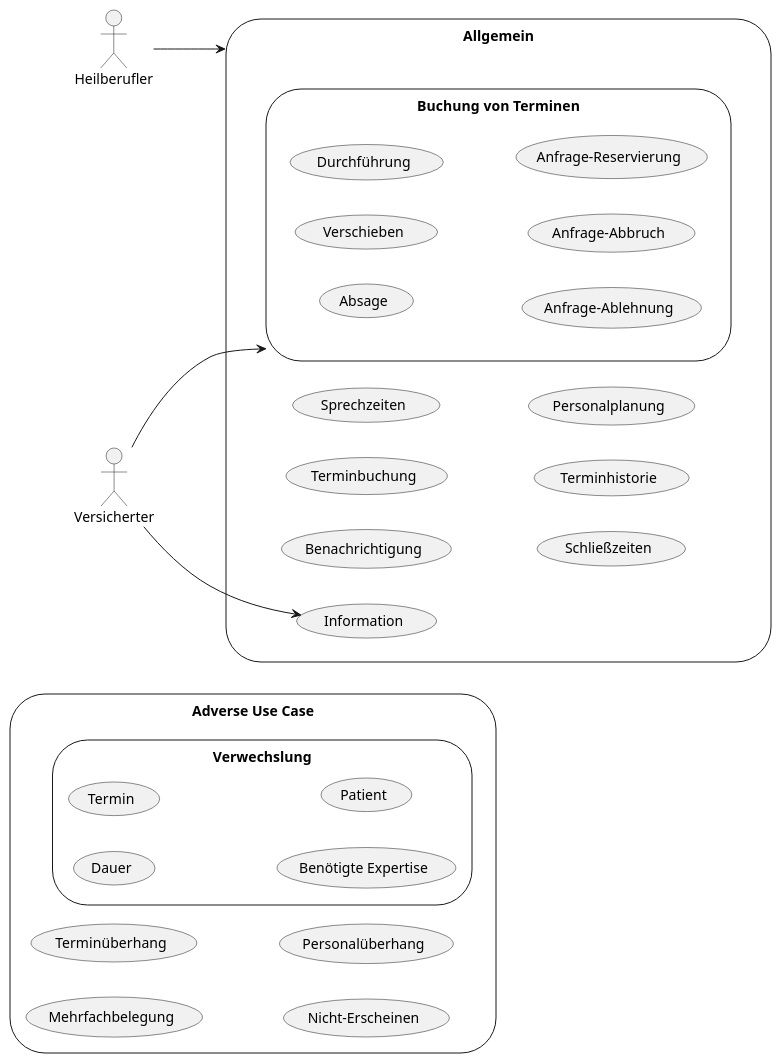
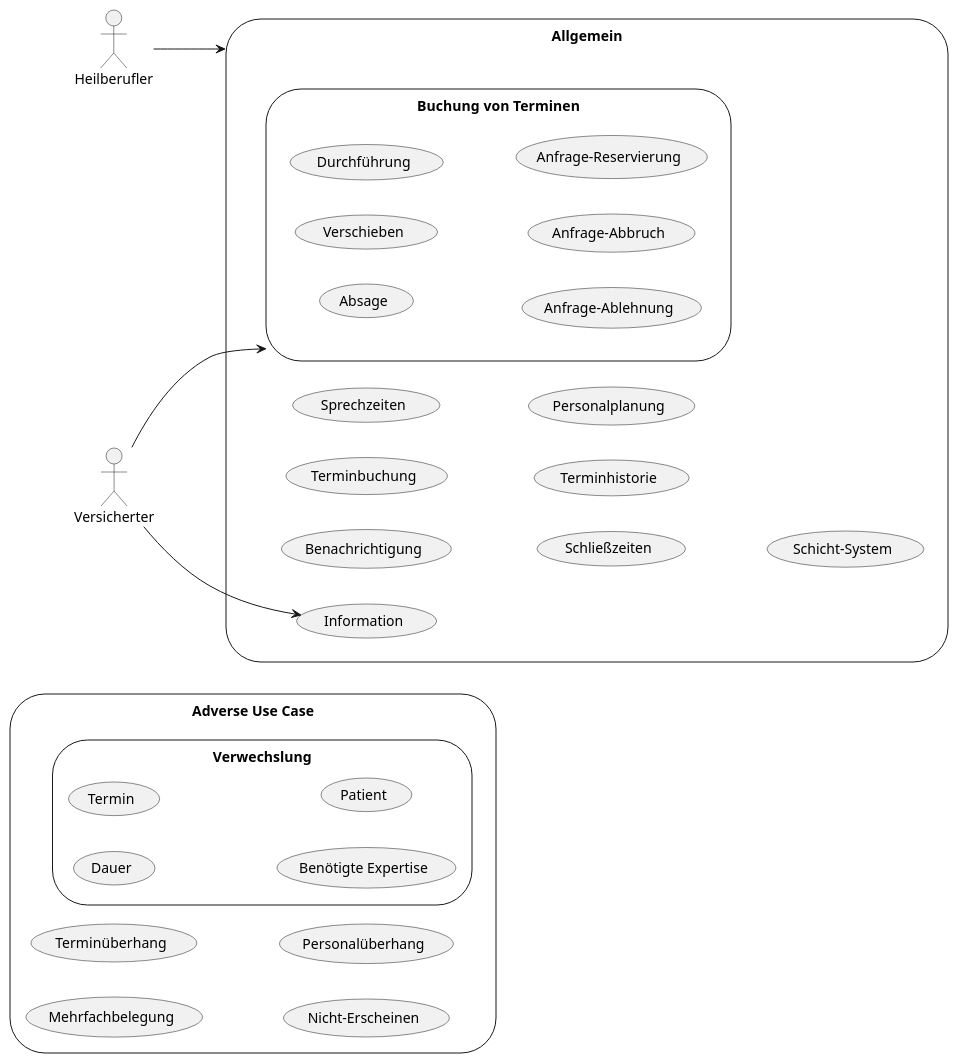
Before and after one commit to gematik/spec-ISiK-Terminplanung: the diagram in Material/images/src/plantuml/usecases.puml, drawn with PlantUML. The commit also changed 1 other file, not shown here.

```diff
--- a/Material/images/src/plantuml/usecases.puml
+++ b/Material/images/src/plantuml/usecases.puml
@@ -15,47 +15,48 @@
 @startuml usecases
 left to right direction
 'skinparam packageStyle cloud
 'skinparam linetype ortho
 
 'actor :FHIR Repository: as DB << Application >>
 actor :Heilberufler:
 actor :Versicherter:
 storage adverseUC as "Adverse Use Case" {
     storage (Verwechslung){
         (Dauer)
         (Termin)
         (Benötigte Expertise)
         (Patient)
     }
     (Mehrfachbelegung)
     (Terminüberhang)
     (Nicht-Erscheinen)
     (Personalüberhang)
 }
 
 storage gnrlUC as "Allgemein" {
     (Information)
     (Benachrichtigung)
     (Terminbuchung)
     (Sprechzeiten)
     (Schließzeiten)
     (Terminhistorie)
     (Personalplanung)
+    (Schicht-System)
     storage booKUC as "Buchung von Terminen"{
         (Absage) 
         (Verschieben)
         (Durchführung)
         (Anfrage-Ablehnung)
         (Anfrage-Abbruch)
         (Anfrage-Reservierung)
     }
 }
 
 Heilberufler --> gnrlUC
 Versicherter --> Information
 Versicherter --> booKUC
 
 
 'fncts --> adverseUC : mitigates
 'fncts --> gnrlUC : enables
 @enduml
```
